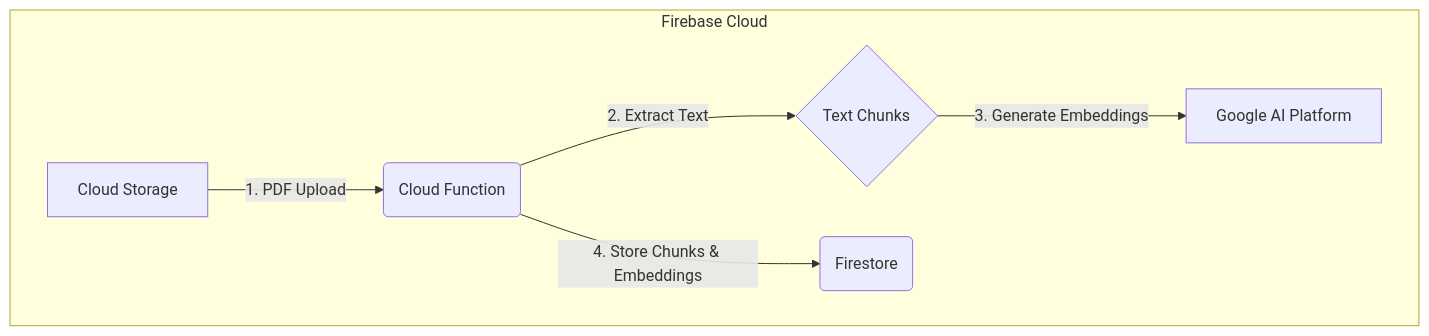
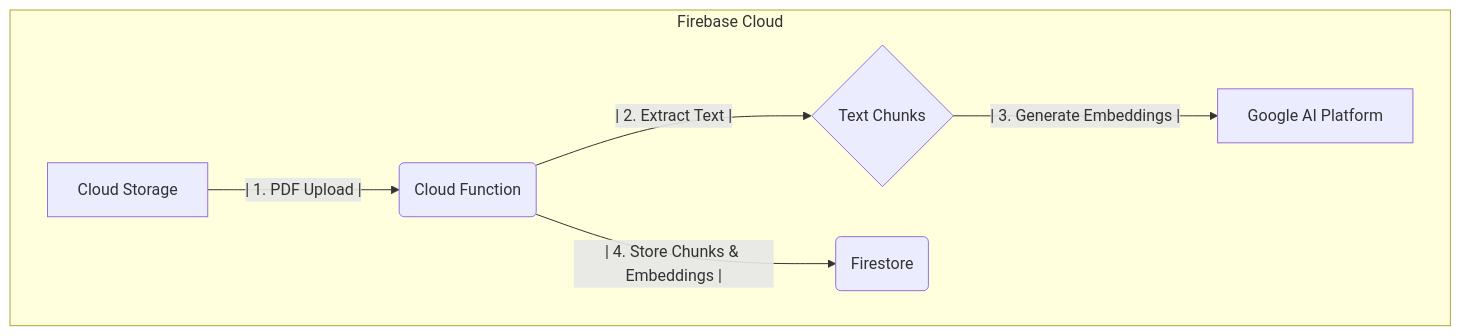
One commit to pridiuksson/500cvs changed the second of 3 diagrams in README.md. Above: the diagram before and after it, drawn with Mermaid. The commit also changed other lines of this file, not shown here.

````diff
--- a/README.md
+++ b/README.md
@@ -106,9 +72,9 @@
 ```mermaid
 graph TD
     subgraph "Firebase Cloud"
-        A[Cloud Storage] -- 1. PDF Upload --> B(Cloud Function);
-        B -- 2. Extract Text --> C{Text Chunks};
-        C -- 3. Generate Embeddings --> D[Google AI Platform];
-        B -- 4. Store Chunks & Embeddings --> E(Firestore);
+        A[Cloud Storage] -- | 1. PDF Upload | --> B(Cloud Function);
+        B -- | 2. Extract Text | --> C{Text Chunks};
+        C -- | 3. Generate Embeddings | --> D[Google AI Platform];
+        B -- | 4. Store Chunks & Embeddings | --> E(Firestore);
     end
 ```
````
